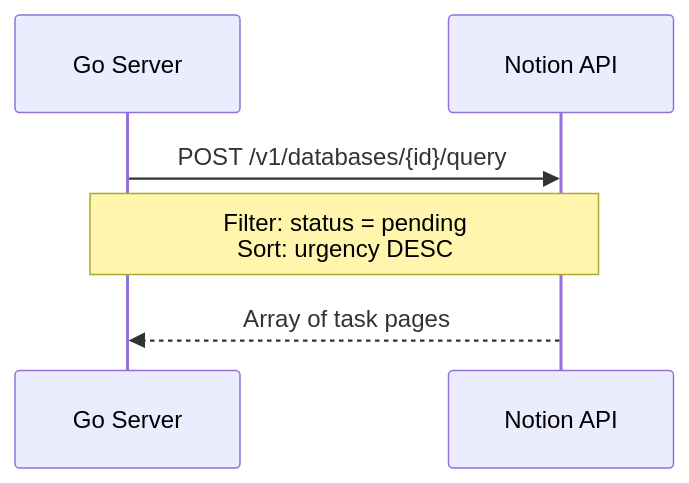
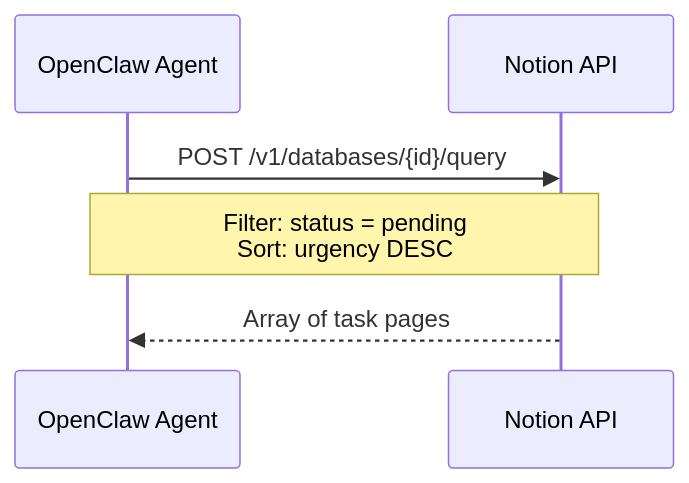
Diagram 14 of 18 in docs/notion-schema.md (NickBorgersProbably/hide-my-list), drawn with Mermaid before and after one commit. The commit also changed other lines of this file and 7 other files, not shown here.

````diff
--- a/docs/notion-schema.md
+++ b/docs/notion-schema.md
@@ -750,9 +750,9 @@
 ```mermaid
 sequenceDiagram
-    participant Server as Go Server
+    participant Agent as OpenClaw Agent
     participant Notion as Notion API
 
-    Server->>Notion: POST /v1/databases/{id}/query
-    Note over Server,Notion: Filter: status = pending<br/>Sort: urgency DESC
-    Notion-->>Server: Array of task pages
+    Agent->>Notion: POST /v1/databases/{id}/query
+    Note over Agent,Notion: Filter: status = pending<br/>Sort: urgency DESC
+    Notion-->>Agent: Array of task pages
 ```
````
